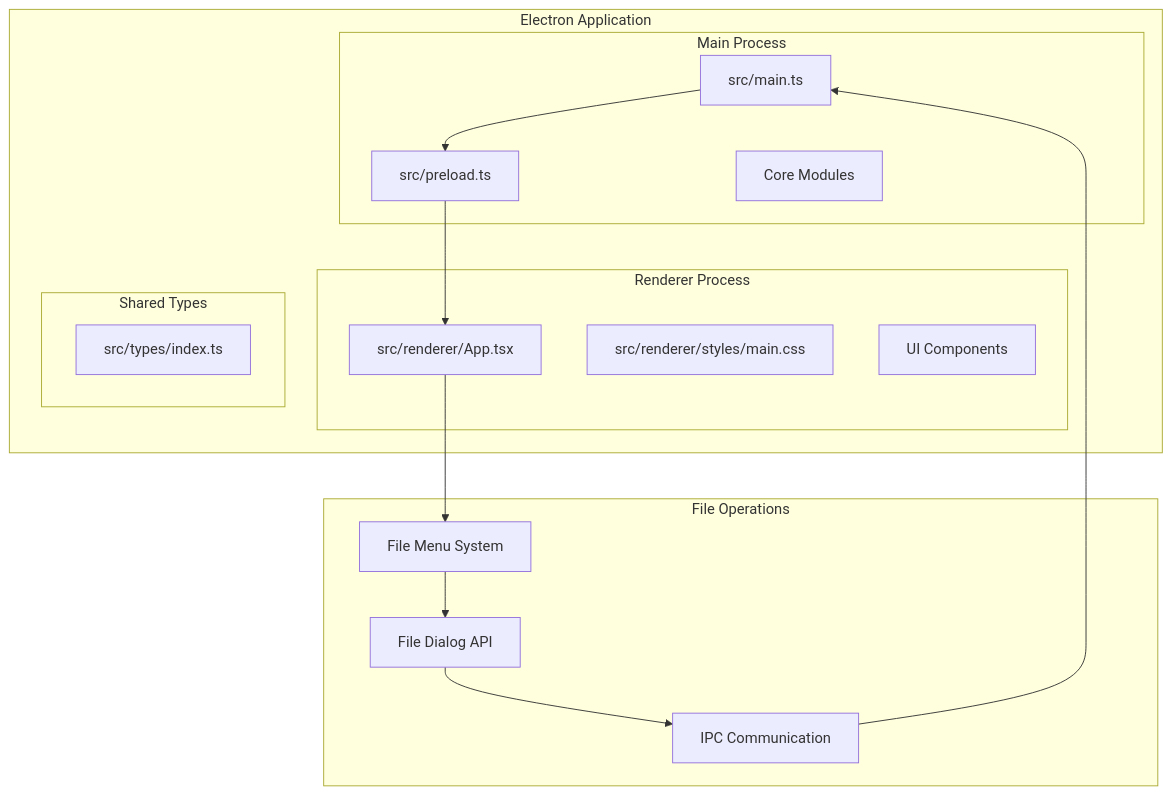
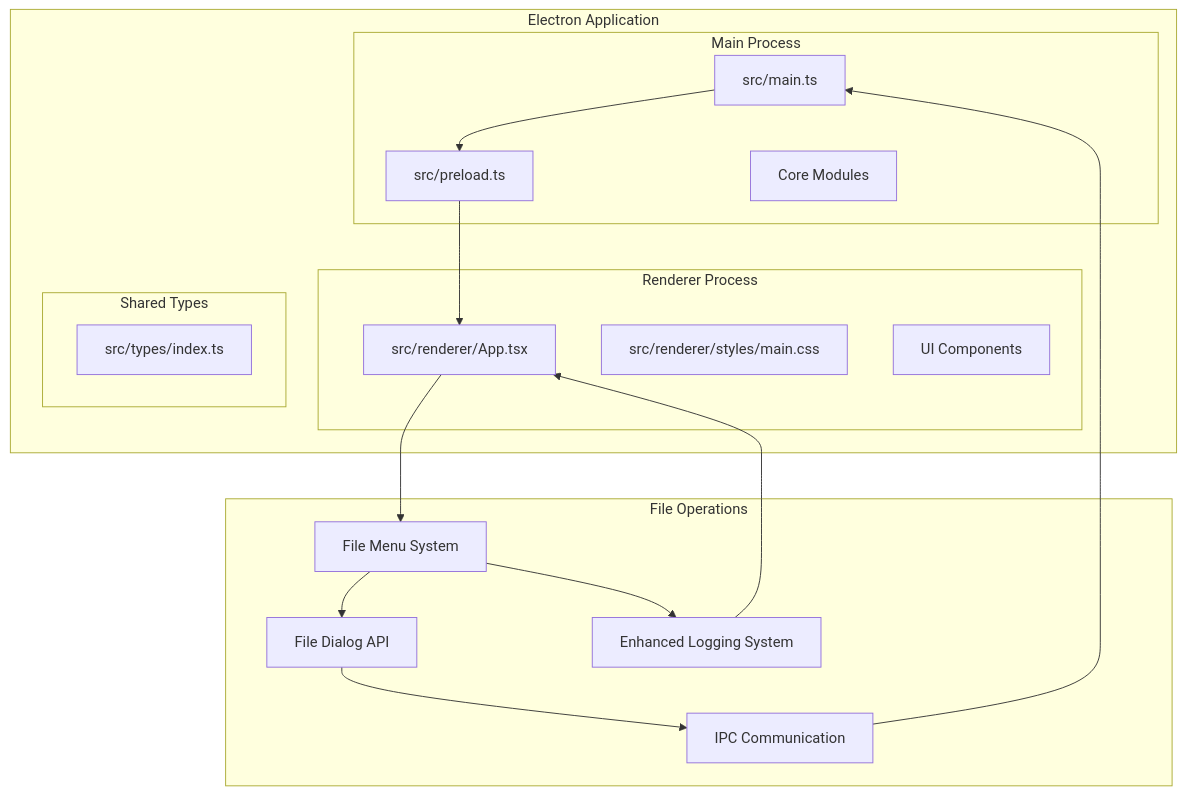
Before and after one commit to Chunde/SciPDFReader: the first of 6 diagrams in .qoder/repowiki/en/content/Core Components/File Menu System.md, drawn with Mermaid. The commit also changed other lines of this file and 9 other files, not shown here.

````diff
--- a/.qoder/repowiki/en/content/Core Components/File Menu System.md
+++ b/.qoder/repowiki/en/content/Core Components/File Menu System.md
@@ -38,29 +49,32 @@
 ```mermaid
 graph TB
 subgraph "Electron Application"
 subgraph "Main Process"
 MainTS[src/main.ts]
 PreloadTS[src/preload.ts]
 CoreModules[Core Modules]
 end
 subgraph "Renderer Process"
 AppTSX[src/renderer/App.tsx]
 StylesCSS[src/renderer/styles/main.css]
 Components[UI Components]
 end
 subgraph "Shared Types"
 TypesTS[src/types/index.ts]
 end
 end
 subgraph "File Operations"
 FileMenu[File Menu System]
 DialogAPI[File Dialog API]
 IPCCommunication[IPC Communication]
+LoggingSystem[Enhanced Logging System]
 end
 MainTS --> PreloadTS
 PreloadTS --> AppTSX
 AppTSX --> FileMenu
 FileMenu --> DialogAPI
 DialogAPI --> IPCCommunication
 IPCCommunication --> MainTS
+FileMenu --> LoggingSystem
+LoggingSystem --> AppTSX
 ```
````
